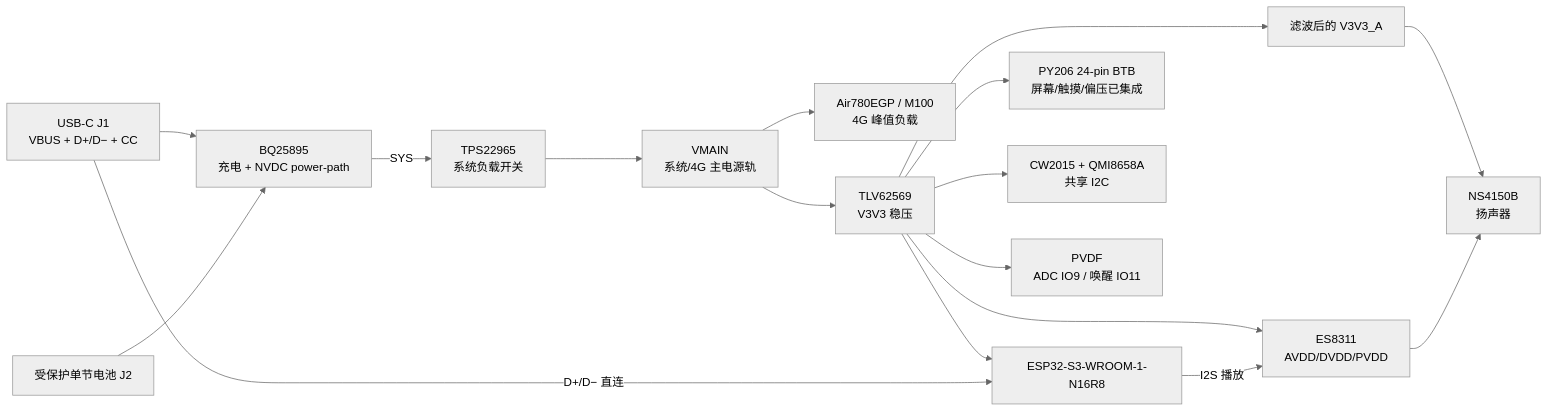
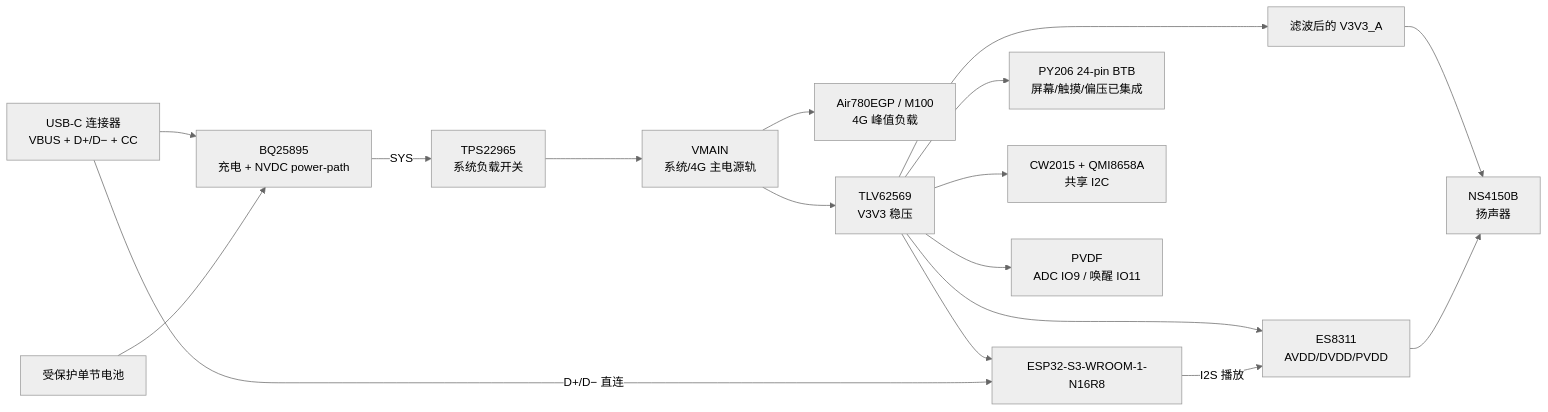
Before and after one commit to zhanghongchen1213/Electronic_Wooden_Fish: the first of 2 diagrams in docs/hardware/电子木鱼-硬件原理图设计基线.md, drawn with Mermaid (neutral theme). The commit also changed other lines of this file and 28 other files, not shown here.

````diff
--- a/docs/hardware/电子木鱼-硬件原理图设计基线.md
+++ b/docs/hardware/电子木鱼-硬件原理图设计基线.md
@@ -50,19 +50,19 @@
 ```mermaid
 flowchart LR
-  USB["USB-C J1\nVBUS + D+/D− + CC"] --> BQ["BQ25895\n充电 + NVDC power-path"]
-  BAT["受保护单节电池 J2"] --> BQ
+  USB["USB-C 连接器\nVBUS + D+/D− + CC"] --> BQ["BQ25895\n充电 + NVDC power-path"]
+  BAT["受保护单节电池"] --> BQ
   BQ -->|SYS| SW["TPS22965\n系统负载开关"]
   SW --> SYS["VMAIN\n系统/4G 主电源轨"]
   SYS --> M100["Air780EGP / M100\n4G 峰值负载"]
   SYS --> REG["TLV62569\nV3V3 稳压"]
   REG --> MCU["ESP32-S3-WROOM-1-N16R8"]
   REG --> LCD["PY206 24-pin BTB\n屏幕/触摸/偏压已集成"]
   REG --> SENS["CW2015 + QMI8658A\n共享 I2C"]
   REG --> PVDF["PVDF\nADC IO9 / 唤醒 IO11"]
   REG --> CODEC["ES8311\nAVDD/DVDD/PVDD"]
   REG --> AF["滤波后的 V3V3_A"]
   AF --> AMP["NS4150B\n扬声器"]
   MCU -->|I2S 播放| CODEC
   CODEC --> AMP
   USB -->|D+/D− 直连| MCU
 ```
````
